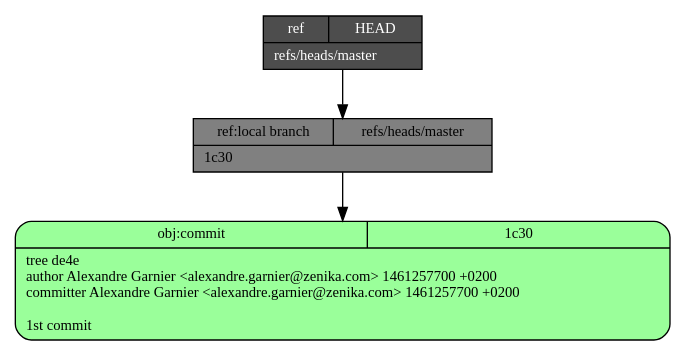
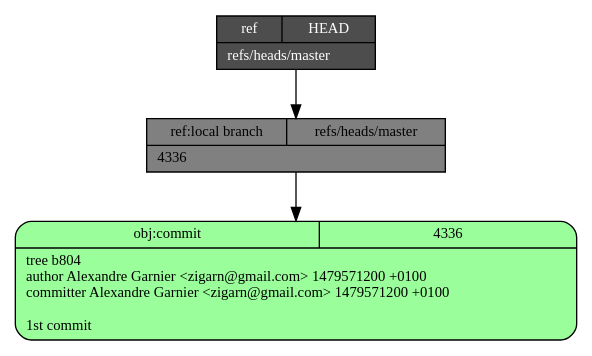
The diagram in commit.dot (zigarn/git-internals), drawn with Graphviz before and after one commit. The commit also changed 10 other files, not shown here.

```diff
--- a/commit.dot
+++ b/commit.dot
@@ -1,9 +1,9 @@
 digraph structs {
   node [shape=record,fontsize=11];
   rankdir="TB";
-  _1c30 [fillcolor="palegreen1", style="filled,rounded", label="{{obj:commit|1c30}|tree\ de4e\lauthor\ Alexandre\ Garnier\ \<alexandre\.garnier\@zenika\.com\>\ 1461257700\ \+0200\lcommitter\ Alexandre\ Garnier\ \<alexandre\.garnier\@zenika\.com\>\ 1461257700\ \+0200\l\l1st\ commit\l}"]
-  _refs___heads___master [style=filled, fillcolor=gray,  label="{{ref:local branch|refs\/heads\/master}|1c30\l}"]
-  _refs___heads___master -> _1c30
+  _4336 [fillcolor="palegreen1", style="filled,rounded", label="{{obj:commit|4336}|tree\ b804\lauthor\ Alexandre\ Garnier\ \<zigarn\@gmail\.com\>\ 1479571200\ \+0100\lcommitter\ Alexandre\ Garnier\ \<zigarn\@gmail\.com\>\ 1479571200\ \+0100\l\l1st\ commit\l}"]
+  _refs___heads___master [style=filled, fillcolor=gray,  label="{{ref:local branch|refs\/heads\/master}|4336\l}"]
+  _refs___heads___master -> _4336
   _HEAD [style=filled, fillcolor=gray30, fontcolor=white,  label="{{ref|HEAD}|refs\/heads\/master\l}"]
   _HEAD -> _refs___heads___master
 }
```
